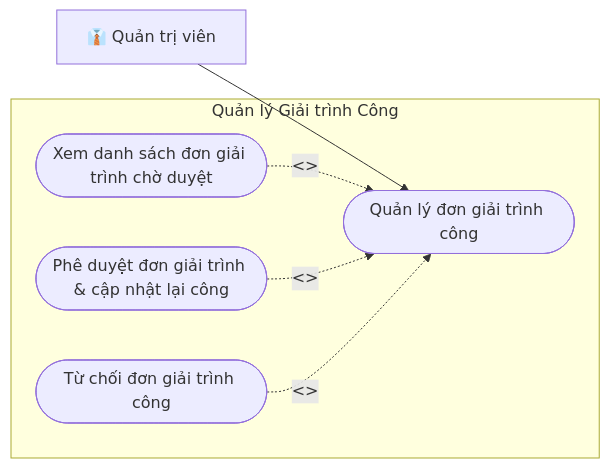
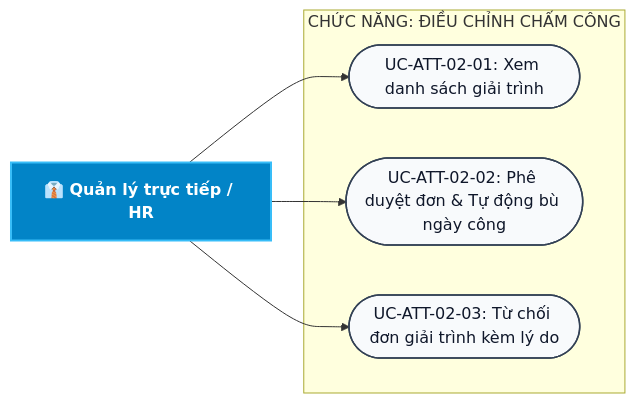
Diagram 20 of 37 in docs/Các biểu đồ/So_Do_Use_Case_Tong_Quat_HRM.md (aye2710/HRM-DATN), drawn with Mermaid before and after one commit. The commit also changed other lines of this file and 275 other files, not shown here.

Commit message:
docs: add full UML & ERD documentation suite (Use Case, Sequence, Activity, ERD, Class Diagram) with embedded Word exports

````diff
--- a/docs/Các biểu đồ/So_Do_Use_Case_Tong_Quat_HRM.md
+++ b/docs/Các biểu đồ/So_Do_Use_Case_Tong_Quat_HRM.md
@@ -478,16 +1102,19 @@
 ```mermaid
 flowchart LR
-    ADMIN["👔 Quản trị viên"]
+    ADMIN["👔 Quản lý trực tiếp / HR"]
 
-    subgraph UC_ADJ_BOX ["Quản lý Giải trình Công"]
-        UC_ADJ(["Quản lý đơn giải trình công"])
-        UC_ADJ_1(["Xem danh sách đơn giải trình chờ duyệt"])
-        UC_ADJ_2(["Phê duyệt đơn giải trình & cập nhật lại công"])
-        UC_ADJ_3(["Từ chối đơn giải trình công"])
+    subgraph FUNC_ADJ ["CHỨC NĂNG: ĐIỀU CHỈNH CHẤM CÔNG"]
+        UC1(["UC-ATT-02-01: Xem danh sách giải trình"])
+        UC2(["UC-ATT-02-02: Phê duyệt đơn & Tự động bù ngày công"])
+        UC3(["UC-ATT-02-03: Từ chối đơn giải trình kèm lý do"])
     end
 
-    ADMIN --> UC_ADJ
-    UC_ADJ_1 -.->|<<include>>| UC_ADJ
-    UC_ADJ_2 -.->|<<extend>>| UC_ADJ
-    UC_ADJ_3 -.->|<<extend>>| UC_ADJ
+    ADMIN --> UC1
+    ADMIN --> UC2
+    ADMIN --> UC3
+
+    classDef actor fill:#0284c7,stroke:#38bdf8,stroke-width:2px,color:#ffffff,font-weight:bold;
+    classDef uc fill:#f8fafc,stroke:#334155,stroke-width:1.5px,color:#0f172a;
+    class ADMIN actor;
+    class UC1,UC2,UC3 uc;
 ```
````
